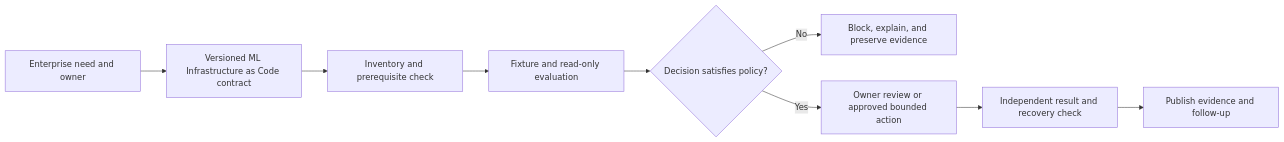
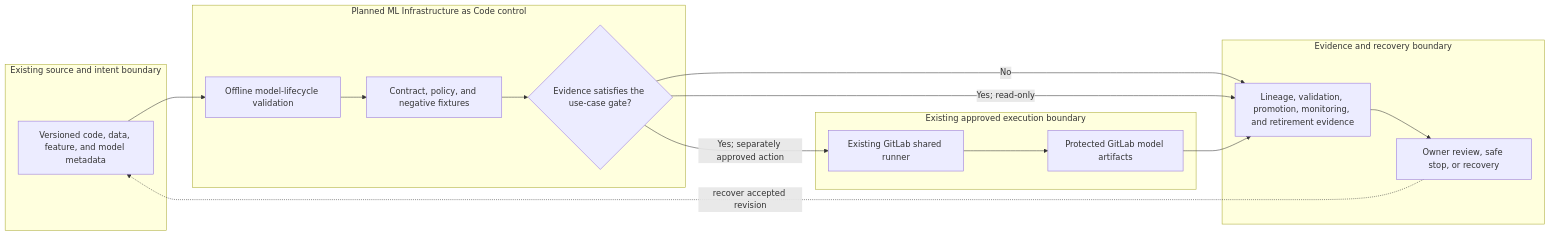
The diagram in docs/use-cases/mlops/UC-MLOPS-013-ml-infrastructure-as-code.md (MIDHTECH/enterprise-architecture-docs), drawn with Mermaid before and after one commit. The commit also changed other lines of this file and 227 other files, not shown here.

Commit message:
Deepen architecture for all use case designs

````diff
--- a/docs/use-cases/mlops/UC-MLOPS-013-ml-infrastructure-as-code.md
+++ b/docs/use-cases/mlops/UC-MLOPS-013-ml-infrastructure-as-code.md
@@ -136,11 +129,25 @@
 ```mermaid
 flowchart LR
-    Need["Enterprise need and owner"] --> Contract["Versioned ML Infrastructure as Code contract"]
-    Contract --> Preflight["Inventory and prerequisite check"]
-    Preflight --> Evaluate["Fixture and read-only evaluation"]
-    Evaluate --> Decision{"Decision satisfies policy?"}
-    Decision -->|No| Stop["Block, explain, and preserve evidence"]
-    Decision -->|Yes| Review["Owner review or approved bounded action"]
-    Review --> Verify["Independent result and recovery check"]
-    Verify --> Publish["Publish evidence and follow-up"]
+    subgraph Source["Existing source and intent boundary"]
+        A["Versioned code, data, feature, and model metadata"]
+    end
+    subgraph Planned["Planned ML Infrastructure as Code control"]
+        B["Offline model-lifecycle validation"]
+        C["Contract, policy, and negative fixtures"]
+        D{"Evidence satisfies the use-case gate?"}
+    end
+    subgraph Runtime["Existing approved execution boundary"]
+        E["Existing GitLab shared runner"]
+        F["Protected GitLab model artifacts"]
+    end
+    subgraph Assurance["Evidence and recovery boundary"]
+        G["Lineage, validation, promotion, monitoring, and retirement evidence"]
+        H["Owner review, safe stop, or recovery"]
+    end
+
+    A --> B --> C --> D
+    D -->|No| G --> H
+    D -->|Yes; read-only| G
+    D -->|Yes; separately approved action| E --> F --> G
+    H -. recover accepted revision .-> A
 ```
````
